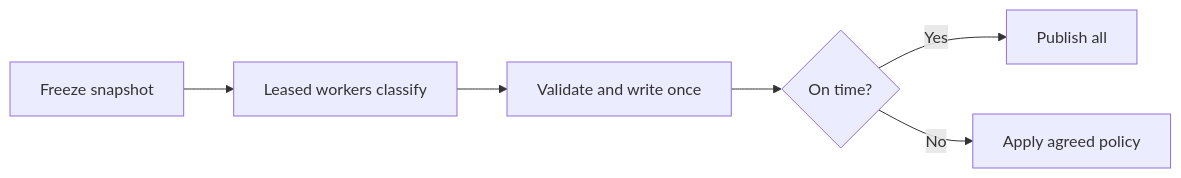
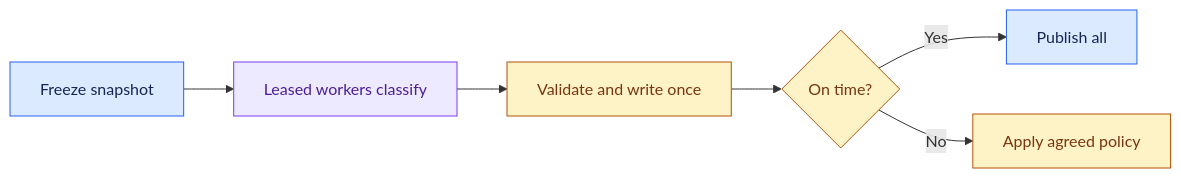
The diagram in site/case-pages/high-volume-batch-pipeline/introduction.md (Sourav692/Forward-Deployed-Engineer-Interview-Prep), drawn with Mermaid before and after one commit. The commit also changed other lines of this file and 1268 other files, not shown here.

First line of the commit message:
content: polish Casebook writing and Mermaid diagrams (#251)

````diff
--- a/site/case-pages/high-volume-batch-pipeline/introduction.md
+++ b/site/case-pages/high-volume-batch-pipeline/introduction.md
@@ -15,8 +17,16 @@
 ```mermaid
 flowchart LR
   A[Freeze snapshot] --> B[Leased workers classify]
   B --> C[Validate and write once]
   C --> D{On time?}
   D -->|Yes| E[Publish all]
   D -->|No| F[Apply agreed policy]
+
+    %% Casebook colours: entry, reasoning, results, controls, and stopped paths.
+    classDef cbInput fill:#dbeafe,stroke:#2563eb,color:#172554
+    class A,E cbInput
+    classDef cbReason fill:#ede9fe,stroke:#7c3aed,color:#4c1d95
+    class B cbReason
+    classDef cbPolicy fill:#fef3c7,stroke:#b45309,color:#78350f
+    class C,D,F cbPolicy
 ```
````
